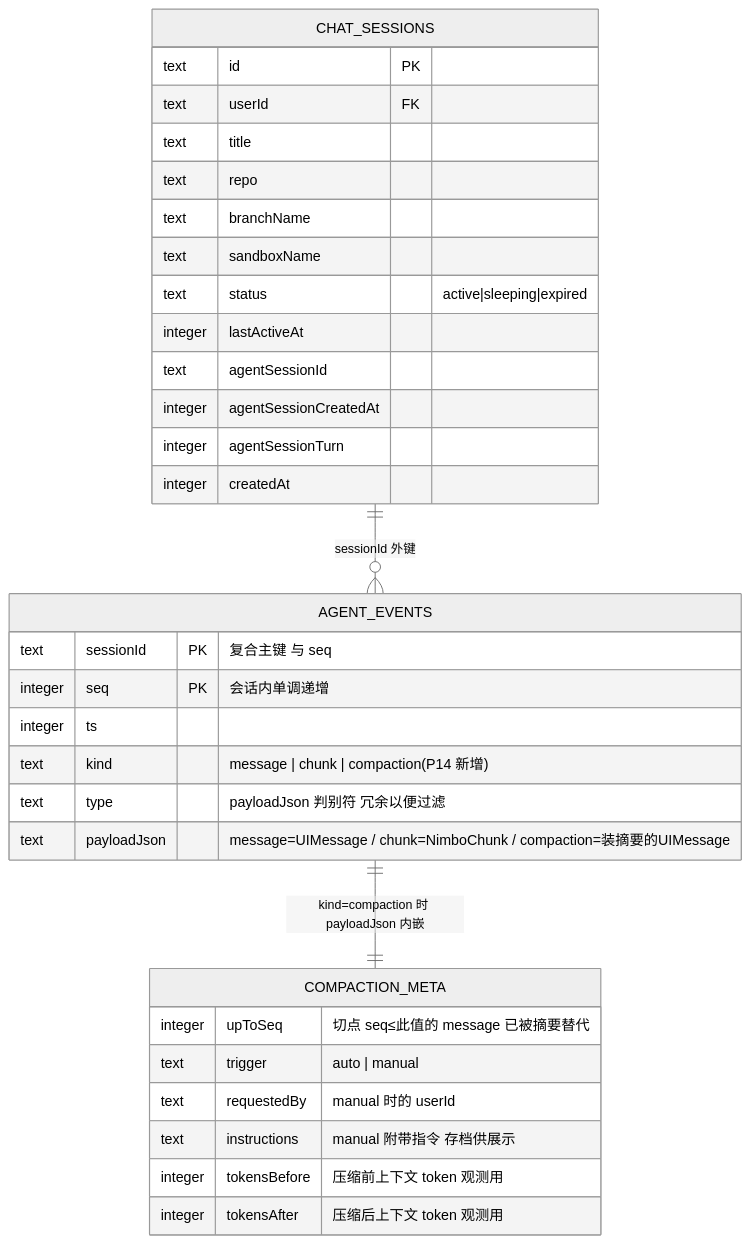
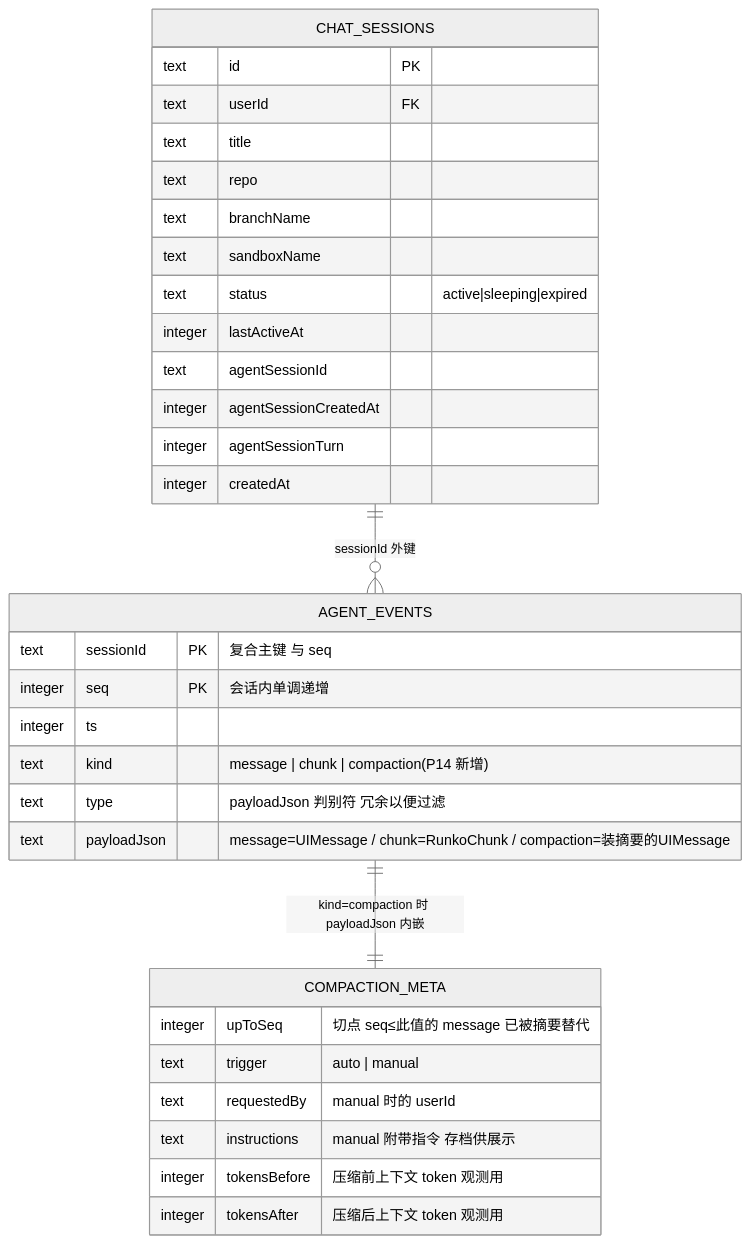
One commit to ludafa/runko changed the first of 2 diagrams in docs/logic/engine/tech/compaction.md. Above: the diagram before and after it, drawn with Mermaid (neutral theme). The commit also changed other lines of this file and 450 other files, not shown here.

First line of the commit message:
refactor: 全仓库改名 nimbo → runko，库表名改用 agent_ 前缀

````diff
--- a/docs/logic/engine/tech/compaction.md
+++ b/docs/logic/engine/tech/compaction.md
@@ -35,36 +35,36 @@
 ```mermaid
 erDiagram
     CHAT_SESSIONS ||--o{ AGENT_EVENTS : "sessionId 外键"
     AGENT_EVENTS ||--|| COMPACTION_META : "kind=compaction 时 payloadJson 内嵌"
 
     CHAT_SESSIONS {
         text id PK
         text userId FK
         text title
         text repo
         text branchName
         text sandboxName
         text status "active|sleeping|expired"
         integer lastActiveAt
         text agentSessionId
         integer agentSessionCreatedAt
         integer agentSessionTurn
         integer createdAt
     }
     AGENT_EVENTS {
         text sessionId PK "复合主键 与 seq"
         integer seq PK "会话内单调递增"
         integer ts
         text kind "message | chunk | compaction(P14 新增)"
         text type "payloadJson 判别符 冗余以便过滤"
-        text payloadJson "message=UIMessage / chunk=NimboChunk / compaction=装摘要的UIMessage"
+        text payloadJson "message=UIMessage / chunk=RunkoChunk / compaction=装摘要的UIMessage"
     }
     COMPACTION_META {
         integer upToSeq "切点 seq≤此值的 message 已被摘要替代"
         text trigger "auto | manual"
         text requestedBy "manual 时的 userId"
         text instructions "manual 附带指令 存档供展示"
         integer tokensBefore "压缩前上下文 token 观测用"
         integer tokensAfter "压缩后上下文 token 观测用"
     }
 ```
````
